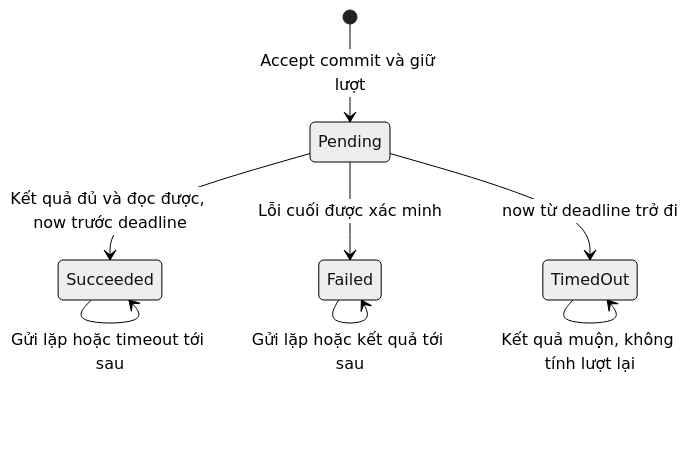
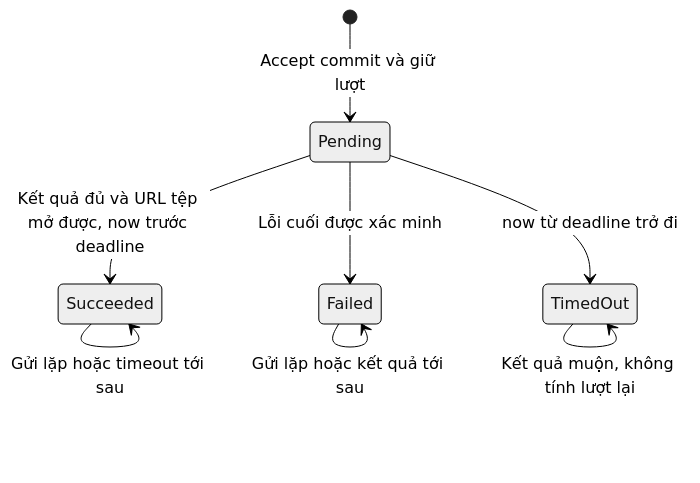
Before and after one commit to TaskCoper/bmt-documentation: the fourth of 5 diagrams in tdd/TDD-PROJ-002.md, drawn with Mermaid (neutral theme). The commit also changed other lines of this file and 25 other files, not shown here.

````diff
--- a/tdd/TDD-PROJ-002.md
+++ b/tdd/TDD-PROJ-002.md
@@ -170,10 +187,10 @@
 ```mermaid
 stateDiagram-v2
     [*] --> Pending: Accept commit và giữ lượt
-    Pending --> Succeeded: Kết quả đủ và đọc được, now trước deadline
+    Pending --> Succeeded: Kết quả đủ và URL tệp mở được, now trước deadline
     Pending --> Failed: Lỗi cuối được xác minh
     Pending --> TimedOut: now từ deadline trở đi
     Succeeded --> Succeeded: Gửi lặp hoặc timeout tới sau
     Failed --> Failed: Gửi lặp hoặc kết quả tới sau
     TimedOut --> TimedOut: Kết quả muộn, không tính lượt lại
 ```
````
